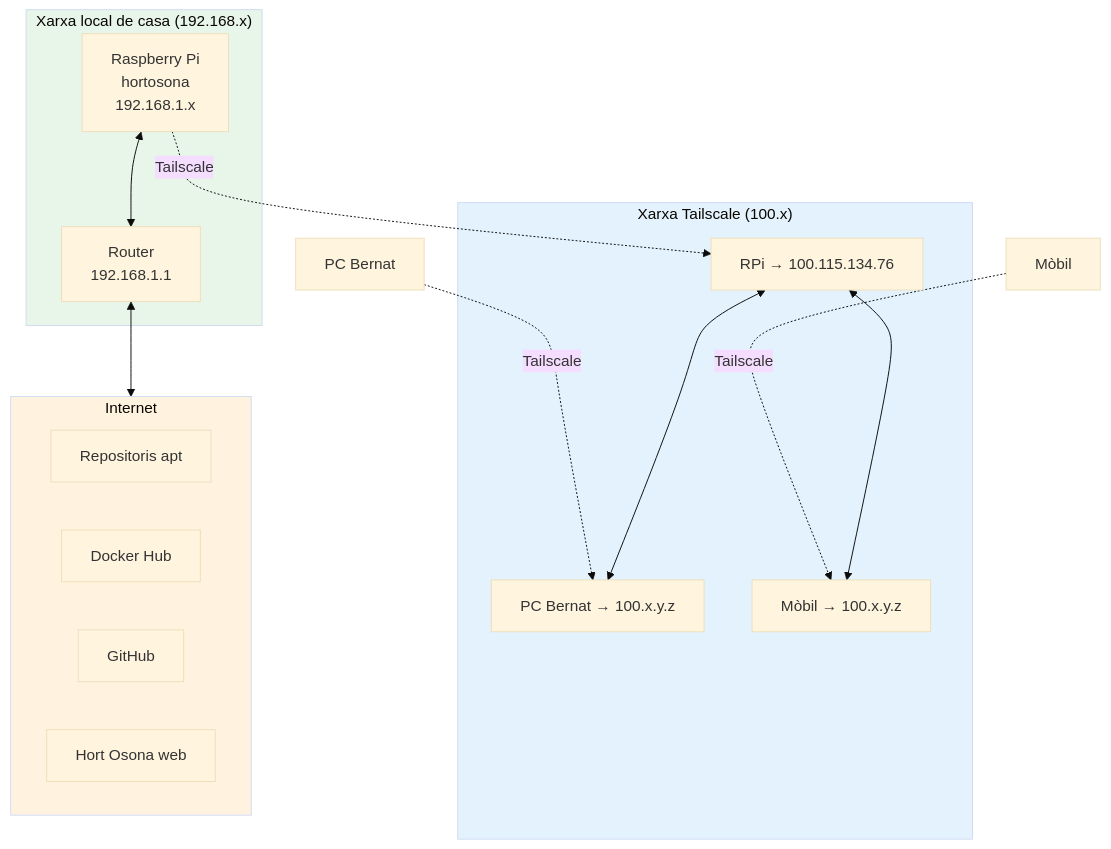
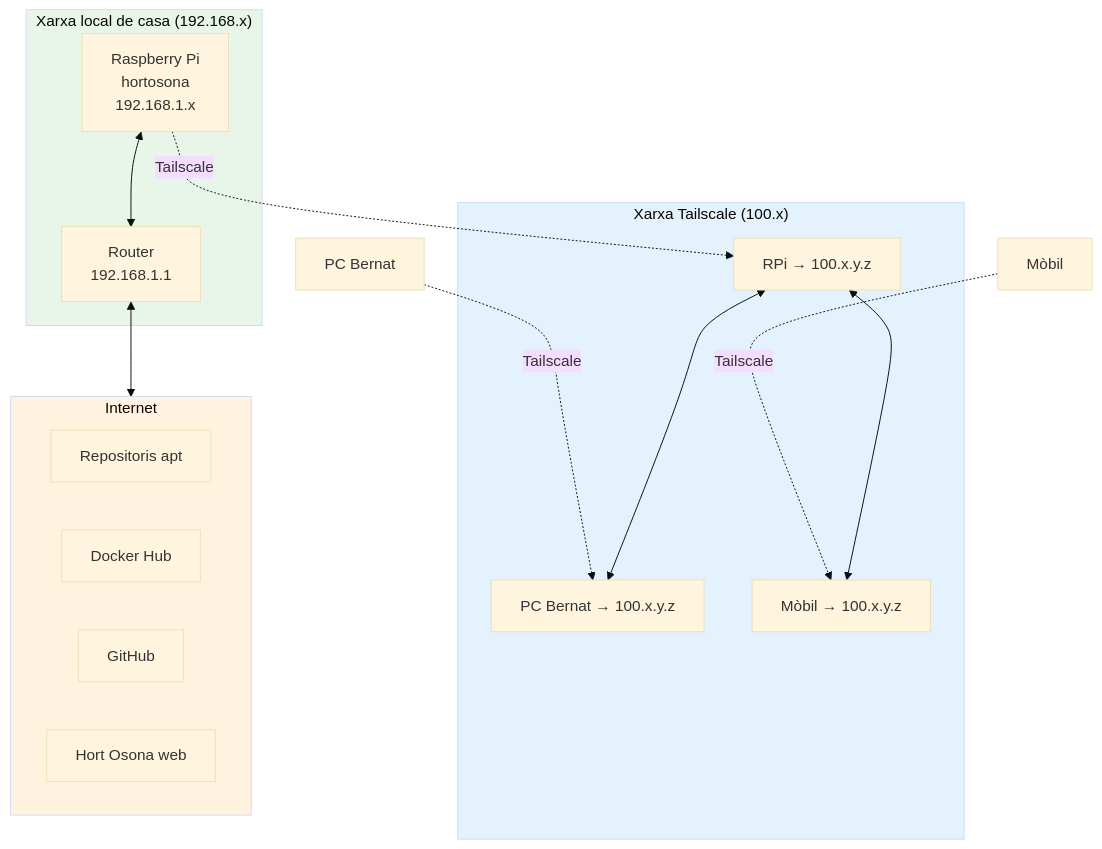
One commit to BernatMora/bernatlab changed the diagram in book/chapters/04-xarxa-ssh-tailscale.md. Above: the diagram before and after it, drawn with Mermaid (base theme). The commit also changed other lines of this file and 40 other files, not shown here.

````diff
--- a/book/chapters/04-xarxa-ssh-tailscale.md
+++ b/book/chapters/04-xarxa-ssh-tailscale.md
@@ -288,32 +288,32 @@
 ```mermaid
 graph TB
     subgraph Casa["Xarxa local de casa (192.168.x)"]
         RPI["Raspberry Pi<br/>hortosona<br/>192.168.1.x"]
         ROUTER["Router<br/>192.168.1.1"]
     end
 
     subgraph Tailscale["Xarxa Tailscale (100.x)"]
-        TS_RPI["RPi → 100.115.134.76"]
+        TS_RPI["RPi → 100.x.y.z"]
         TS_PC["PC Bernat → 100.x.y.z"]
         TS_MOB["Mòbil → 100.x.y.z"]
     end
 
     subgraph Internet["Internet"]
         APT["Repositoris apt"]
         DOCKER["Docker Hub"]
         GH["GitHub"]
         WEB["Hort Osona web"]
     end
 
     RPI <--> ROUTER
     ROUTER <--> Internet
     RPI -.->|Tailscale| TS_RPI
     PC["PC Bernat"] -.->|Tailscale| TS_PC
     MOB["Mòbil"] -.->|Tailscale| TS_MOB
     TS_RPI <--> TS_PC
     TS_RPI <--> TS_MOB
 
     style Casa fill:#e8f5e9
     style Tailscale fill:#e3f2fd
     style Internet fill:#fff3e0
 ```
````
